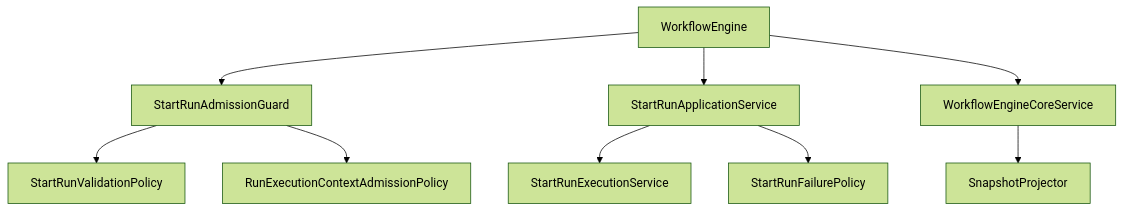
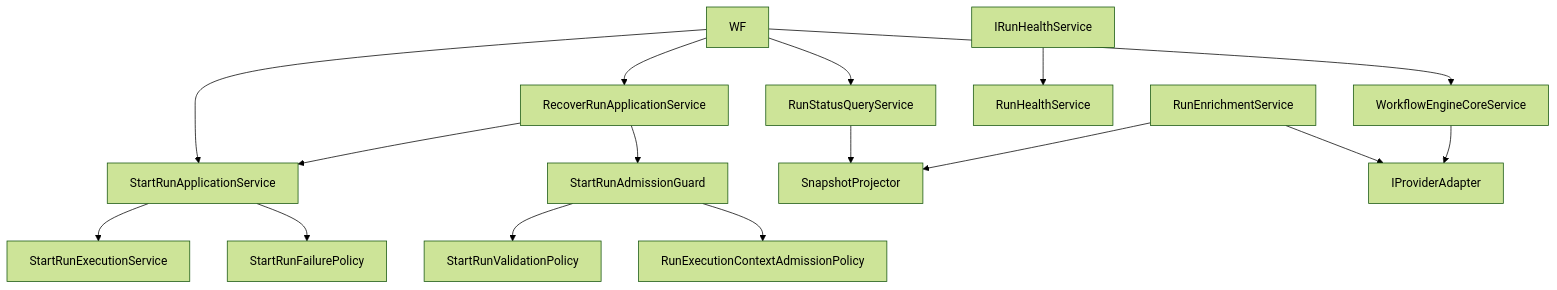
The second of 5 diagrams in docs/architecture/components/engine/architecture/workflow-engine-subsystem-context.md (dunay2/dvt), drawn with Mermaid (forest theme) before and after one commit. The commit also changed other lines of this file and 168 other files, not shown here.

````diff
--- a/docs/architecture/components/engine/architecture/workflow-engine-subsystem-context.md
+++ b/docs/architecture/components/engine/architecture/workflow-engine-subsystem-context.md
@@ -121,11 +146,18 @@
 ```mermaid
 flowchart TB
-  WF["WorkflowEngine"] --> Guard["StartRunAdmissionGuard"]
   WF --> Coord["StartRunApplicationService"]
+  WF --> Recover["RecoverRunApplicationService"]
+  WF --> Query["RunStatusQueryService"]
   WF --> Core["WorkflowEngineCoreService"]
+  HealthApi["IRunHealthService"] --> Health["RunHealthService"]
+  Recover --> Guard["StartRunAdmissionGuard"]
+  Recover --> Coord
+  Query --> Projector["SnapshotProjector"]
+  Enrich["RunEnrichmentService"] --> Projector["SnapshotProjector"]
+  Enrich --> Provider["IProviderAdapter"]
   Coord --> Exec["StartRunExecutionService"]
   Coord --> Fail["StartRunFailurePolicy"]
-  Core --> Projector["SnapshotProjector"]
+  Core --> Provider
   Guard --> Validation["StartRunValidationPolicy"]
   Guard --> RunCtxPolicy["RunExecutionContextAdmissionPolicy"]
 ```
````
